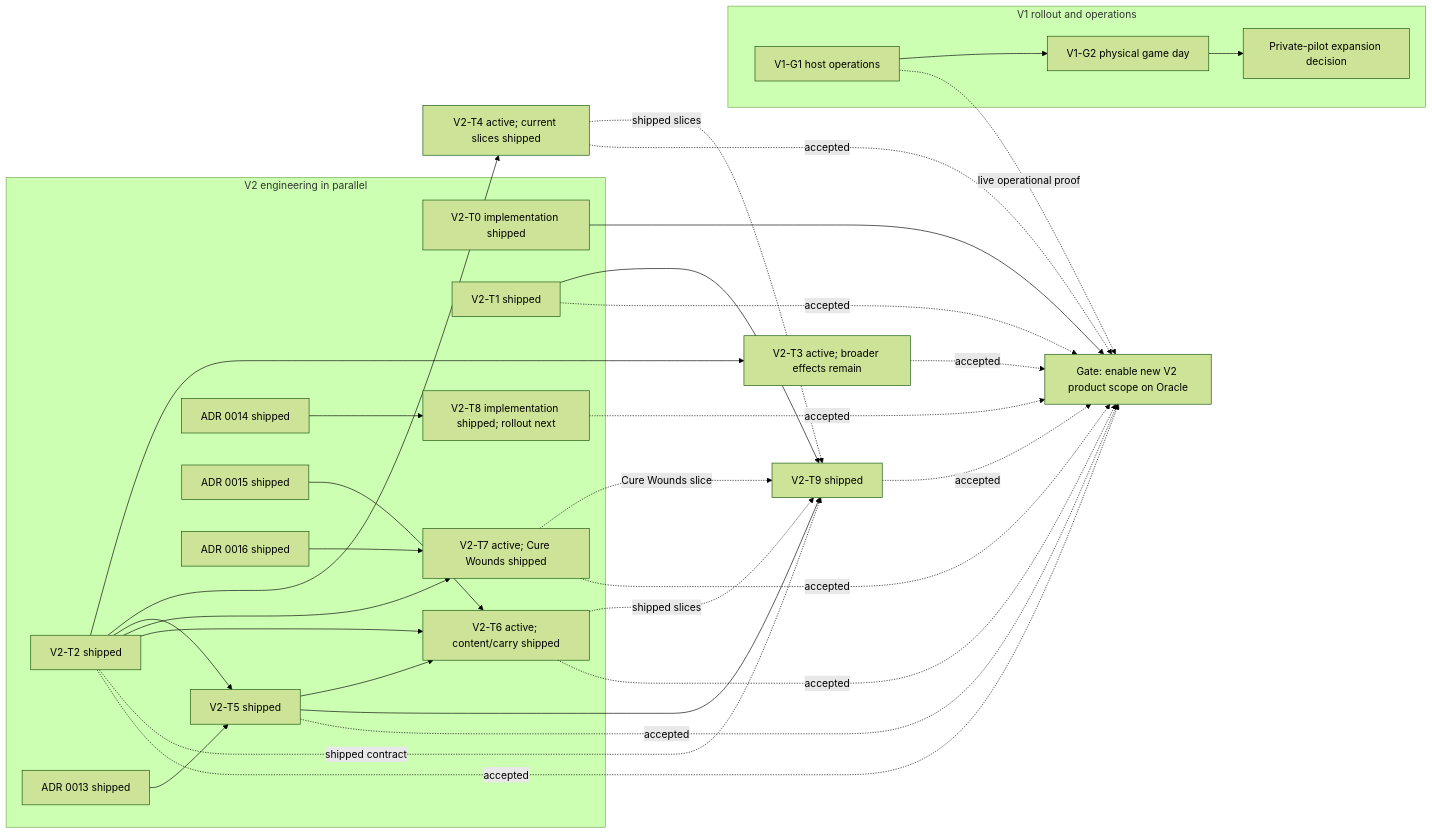
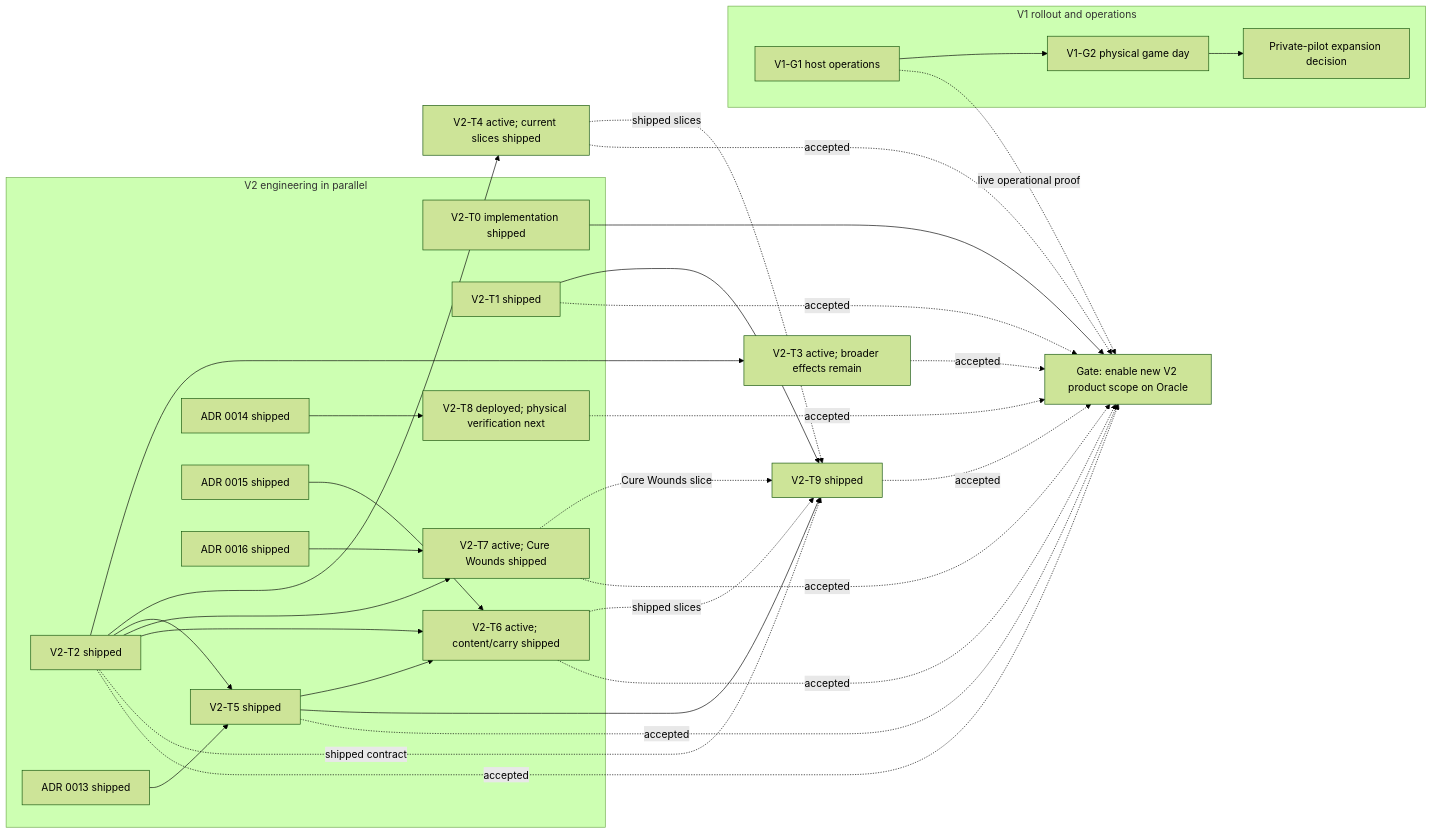
The diagram in docs/hub/roadmap.md (TrueMichato/ThelemarTools), drawn with Mermaid (forest theme) before and after one commit. The commit also changed other lines of this file and 4 other files, not shown here.

````diff
--- a/docs/hub/roadmap.md
+++ b/docs/hub/roadmap.md
@@ -538,39 +545,39 @@
 ```mermaid
 flowchart LR
   subgraph Rollout[V1 rollout and operations]
     G1[V1-G1 host operations] --> G2[V1-G2 physical game day]
     G2 --> GO[Private-pilot expansion decision]
   end
   subgraph Engineering[V2 engineering in parallel]
     T0[V2-T0 implementation shipped]
     T1[V2-T1 shipped]
     T2[V2-T2 shipped]
     P13[ADR 0013 shipped] --> T5[V2-T5 shipped]
-    P14[ADR 0014 shipped] --> T8[V2-T8 implementation shipped; rollout next]
+    P14[ADR 0014 shipped] --> T8[V2-T8 deployed; physical verification next]
     P15[ADR 0015 shipped] --> T6[V2-T6 active; content/carry shipped]
     P16[ADR 0016 shipped] --> T7[V2-T7 active; Cure Wounds shipped]
   end
   T2 --> T3[V2-T3 active; broader effects remain]
   T2 --> T4[V2-T4 active; current slices shipped]
   T2 --> T5
   T2 --> T7
   T5 --> T6
   T2 --> T6
   T1 --> T9[V2-T9 shipped]
   T2 -. shipped contract .-> T9
   T4 -. shipped slices .-> T9
   T5 --> T9
   T6 -. shipped slices .-> T9
   T7 -. Cure Wounds slice .-> T9
   T0 --> ENABLE[Gate: enable new V2 product scope on Oracle]
   T1 -. accepted .-> ENABLE
   T2 -. accepted .-> ENABLE
   T3 -. accepted .-> ENABLE
   T4 -. accepted .-> ENABLE
   T5 -. accepted .-> ENABLE
   T6 -. accepted .-> ENABLE
   T7 -. accepted .-> ENABLE
   T8 -. accepted .-> ENABLE
   T9 -. accepted .-> ENABLE
   G1 -. live operational proof .-> ENABLE
 ```
````
